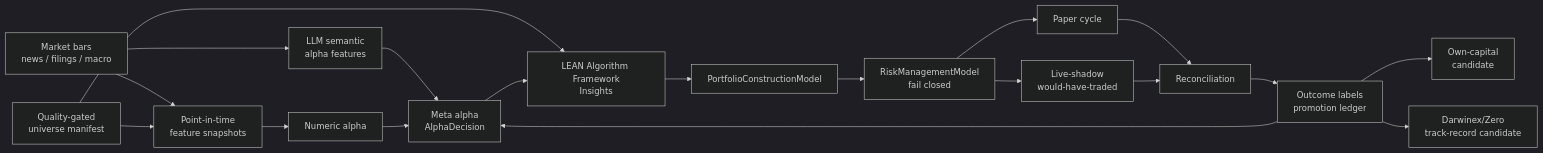
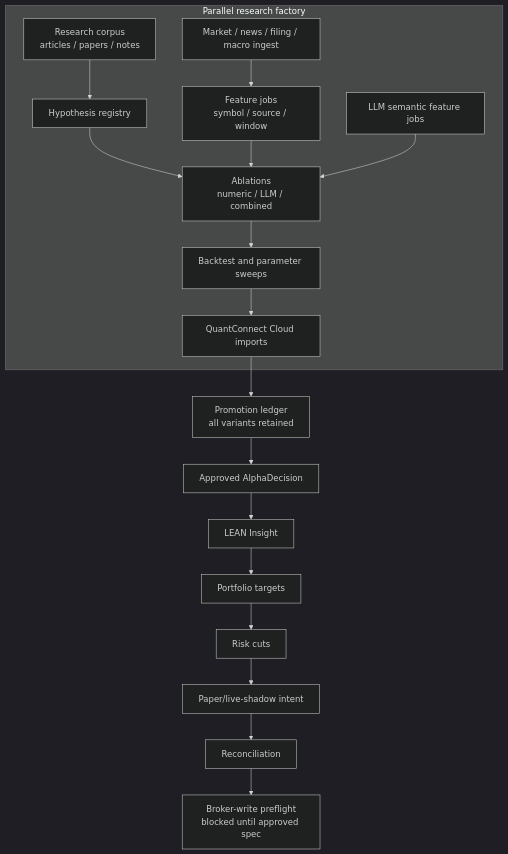
Before and after one commit to gigio1023/lincei-quant-research-engine: the first of 2 diagrams in README.md, drawn with Mermaid (dark theme). The commit also changed other lines of this file and 24 other files, not shown here.

First line of the commit message:
Reframe spec around own-capital parallel research

````diff
--- a/README.md
+++ b/README.md
@@ -37,21 +38,30 @@
 ```mermaid
-flowchart LR
-    RAW["Market bars<br/>news / filings / macro"] --> FS["Point-in-time<br/>feature snapshots"]
-    MANIFEST["Quality-gated<br/>universe manifest"] --> FS
-    MANIFEST --> LEAN
-    RAW --> LLMFEAT["LLM semantic<br/>alpha features"]
-    FS --> NUM["Numeric alpha"]
-    LLMFEAT --> META["Meta alpha<br/>AlphaDecision"]
-    NUM --> META
-    META --> LEAN["LEAN Algorithm Framework<br/>Insights"]
-    LEAN --> PC["PortfolioConstructionModel"]
-    PC --> RISK["RiskManagementModel<br/>fail closed"]
-    RISK --> PAPER["Paper cycle"]
-    RISK --> SHADOW["Live-shadow<br/>would-have-traded"]
+flowchart TB
+    subgraph PAR["Parallel research factory"]
+        CORPUS["Research corpus<br/>articles / papers / notes"]
+        HYP["Hypothesis registry"]
+        DATA["Market / news / filing / macro ingest"]
+        FEAT["Feature jobs<br/>symbol / source / window"]
+        LLM["LLM semantic feature jobs"]
+        ABL["Ablations<br/>numeric / LLM / combined"]
+        BT["Backtest and parameter sweeps"]
+        CLOUD["QuantConnect Cloud imports"]
+    end
+
+    CORPUS --> HYP
+    DATA --> FEAT
+    HYP --> ABL
+    FEAT --> ABL
+    LLM --> ABL
+    ABL --> BT
+    BT --> CLOUD
+
+    CLOUD --> LEDGER["Promotion ledger<br/>all variants retained"]
+    LEDGER --> ALPHA["Approved AlphaDecision"]
+    ALPHA --> LEAN["LEAN Insight"]
+    LEAN --> TARGET["Portfolio targets"]
+    TARGET --> RISK["Risk cuts"]
+    RISK --> PAPER["Paper/live-shadow intent"]
     PAPER --> RECON["Reconciliation"]
-    SHADOW --> RECON
-    RECON --> LEARN["Outcome labels<br/>promotion ledger"]
-    LEARN --> META
-    LEARN --> OWN["Own-capital<br/>candidate"]
-    LEARN --> DZ["Darwinex/Zero<br/>track-record candidate"]
+    RECON --> PREFLIGHT["Broker-write preflight<br/>blocked until approved spec"]
 ```
````
